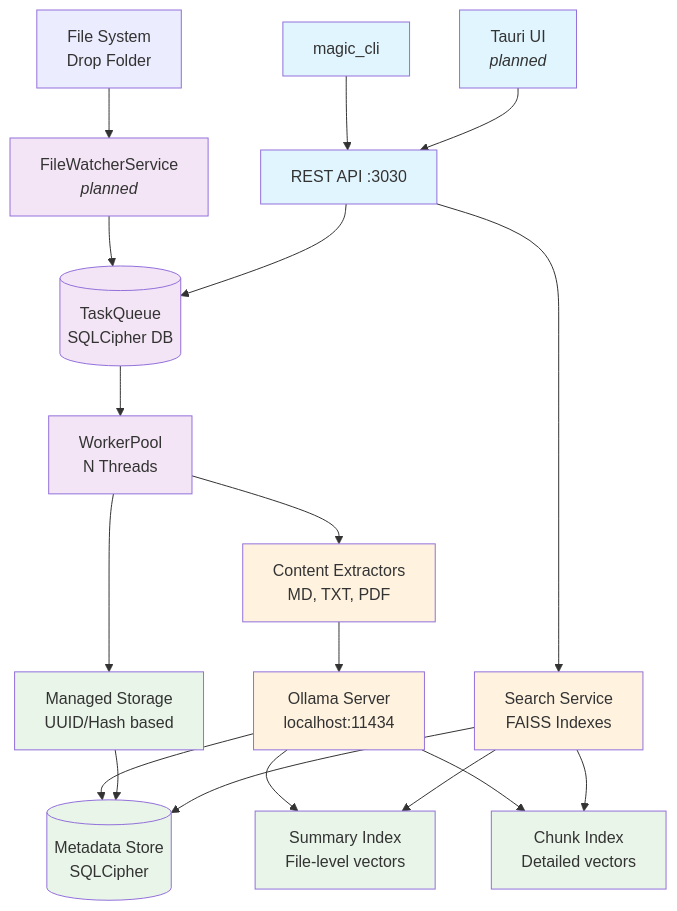
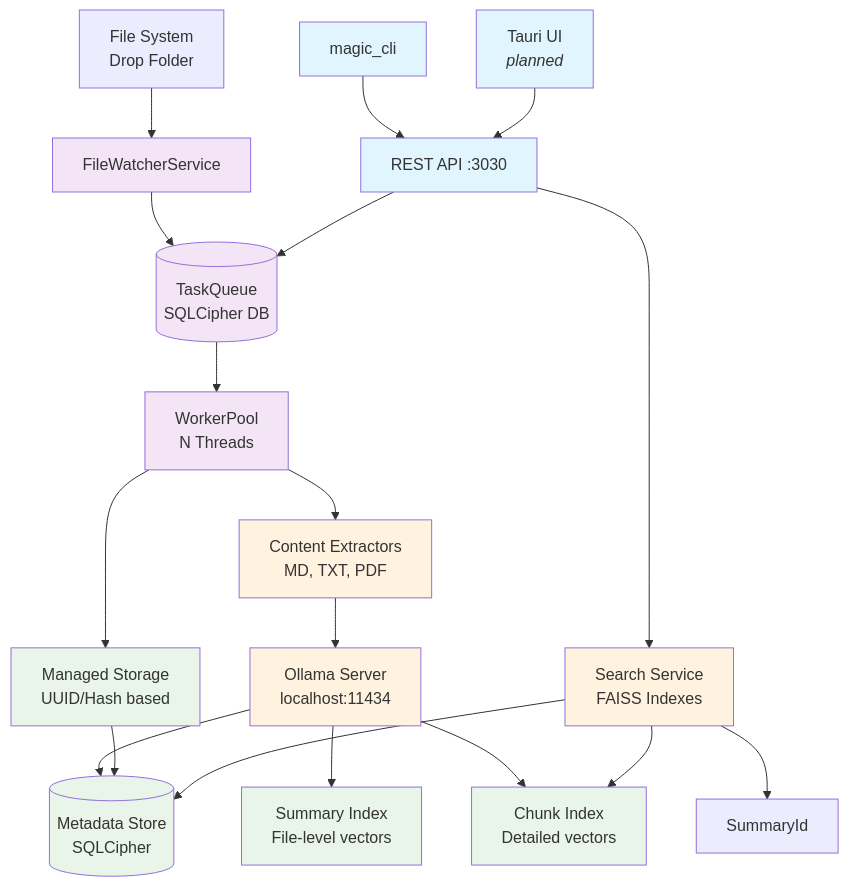
The diagram in README.md (cgorski03/magic-folder), drawn with Mermaid before and after one commit.

````diff
--- a/README.md
+++ b/README.md
@@ -40,64 +40,64 @@
 ```mermaid
 graph TB
     %% External Interfaces
     CLI[magic_cli]
     API[REST API :3030]
     UI[Tauri UI<br/><i>planned</i>]
     
     %% File System
     Files[File System<br/>Drop Folder]
     Storage[Managed Storage<br/>UUID/Hash based]
     
     %% Core Services
-    Watcher[FileWatcherService<br/><i>planned</i>]
+    Watcher[FileWatcherService]
     Queue[(TaskQueue<br/>SQLCipher DB)]
     Pool[WorkerPool<br/>N Threads]
     
     %% Processing Pipeline
     Extractor[Content Extractors<br/>MD, TXT, PDF]
     Ollama[Ollama Server<br/>localhost:11434]
     Search[Search Service<br/>FAISS Indexes]
     
     %% Data Stores
     MetaDB[(Metadata Store<br/>SQLCipher)]
     SummaryIdx[Summary Index<br/>File-level vectors]
     ChunkIdx[Chunk Index<br/>Detailed vectors]
     
     %% User Interactions
     CLI --> API
     UI --> API
     
     %% File Ingestion Flow
     Files --> Watcher
     Watcher --> Queue
     API --> Queue
     
     %% Task Processing Flow
     Queue --> Pool
     Pool --> Extractor
     Extractor --> Ollama
     Ollama --> MetaDB
     Ollama --> SummaryIdx
     Ollama --> ChunkIdx
     
     %% Storage Management
     Pool --> Storage
     Storage --> MetaDB
     
     %% Search Flow
     API --> Search
-    Search --> SummaryIdx
+    Search --> SummaryId
     Search --> ChunkIdx
     Search --> MetaDB
     
     %% Styling
     classDef external fill:#e1f5fe
     classDef core fill:#f3e5f5
     classDef storage fill:#e8f5e8
     classDef processing fill:#fff3e0
     
     class CLI,API,UI external
     class Watcher,Queue,Pool core
     class MetaDB,SummaryIdx,ChunkIdx,Storage storage
     class Extractor,Ollama,Search processing
 ```
````
